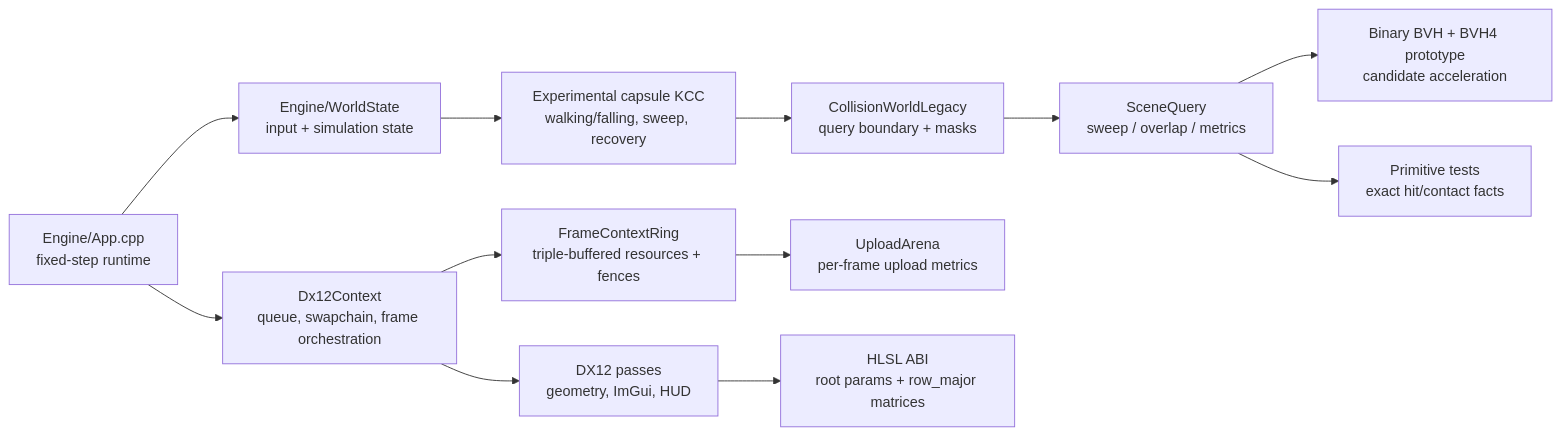
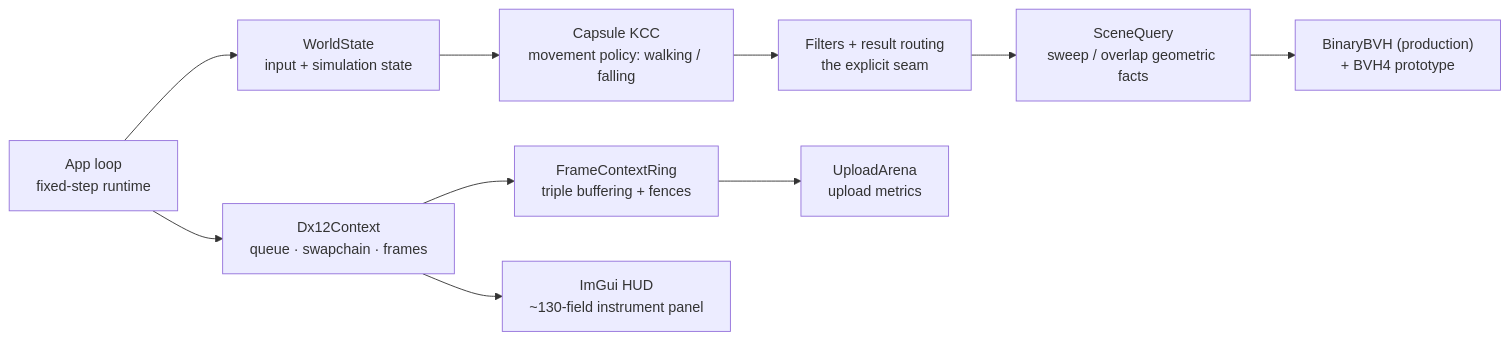
Before and after one commit to daekuelee/DX12EngineLab: the first of 2 diagrams in README.md, drawn with Mermaid. The commit also changed other lines of this file, not shown here.

````diff
--- a/README.md
+++ b/README.md
@@ -18,15 +35,12 @@
 ```mermaid
 flowchart LR
-    App["Engine/App.cpp\nfixed-step runtime"] --> World["Engine/WorldState\ninput + simulation state"]
-    World --> KCC["Experimental capsule KCC\nwalking/falling, sweep, recovery"]
-    KCC --> CW["CollisionWorldLegacy\nquery boundary + masks"]
-    CW --> SQ["SceneQuery\nsweep / overlap / metrics"]
-    SQ --> BVH["Binary BVH + BVH4 prototype\ncandidate acceleration"]
-    SQ --> NP["Primitive tests\nexact hit/contact facts"]
-
-    App --> DX12["Dx12Context\nqueue, swapchain, frame orchestration"]
-    DX12 --> Frame["FrameContextRing\ntriple-buffered resources + fences"]
-    DX12 --> GPU["DX12 passes\ngeometry, ImGui, HUD"]
-    Frame --> Upload["UploadArena\nper-frame upload metrics"]
-    GPU --> Shader["HLSL ABI\nroot params + row_major matrices"]
+    App["App loop<br/>fixed-step runtime"] --> World["WorldState<br/>input + simulation state"]
+    World --> KCC["Capsule KCC<br/>movement policy: walking / falling"]
+    KCC --> Seam["Filters + result routing<br/>the explicit seam"]
+    Seam --> SQ["SceneQuery<br/>sweep / overlap geometric facts"]
+    SQ --> BVH["BinaryBVH (production)<br/>+ BVH4 prototype"]
+    App --> DX12["Dx12Context<br/>queue · swapchain · frames"]
+    DX12 --> Frame["FrameContextRing<br/>triple buffering + fences"]
+    Frame --> Upload["UploadArena<br/>upload metrics"]
+    DX12 --> HUD["ImGui HUD<br/>~130-field instrument panel"]
 ```
````
